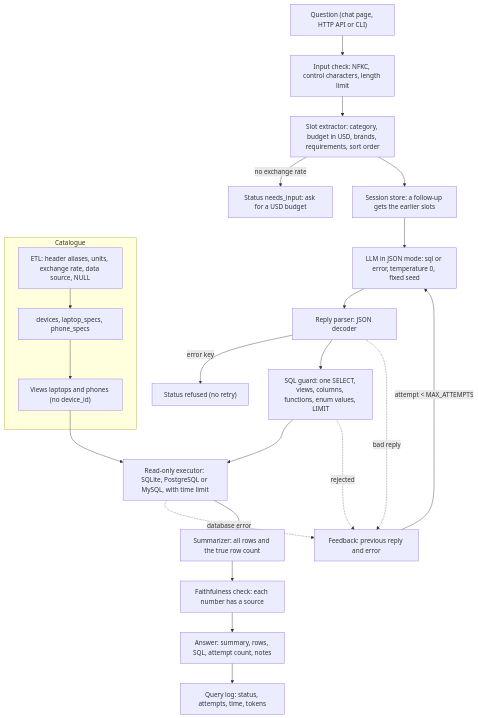
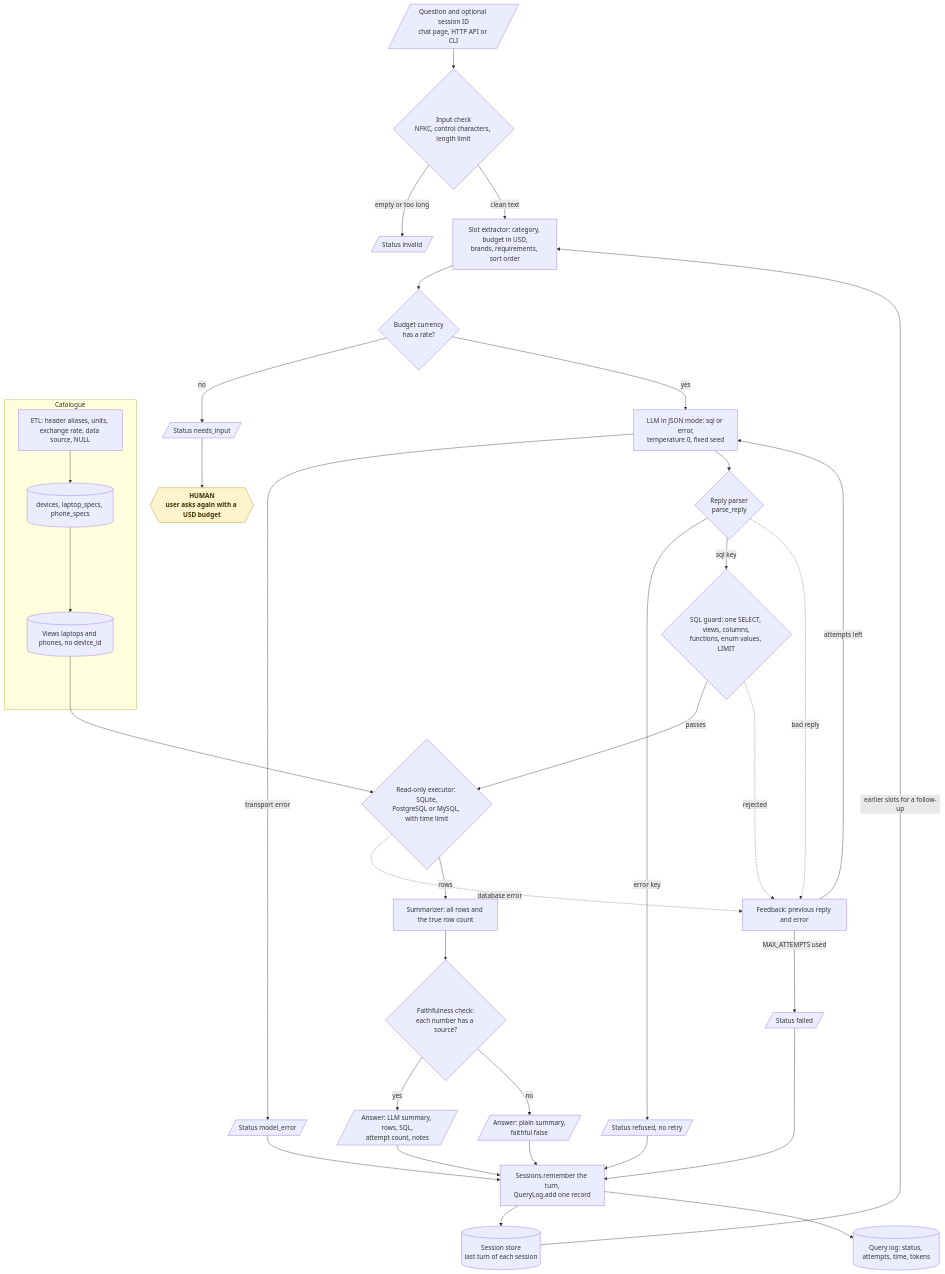
One commit to KrishnaAnnavaram/gadgetgenie changed the fifth of 22 diagrams in README.md. Above: the diagram before and after it, drawn with Mermaid. The commit also changed other lines of this file, not shown here.

Commit message:
Add the workflow diagrams to the README

````diff
--- a/README.md
+++ b/README.md
@@ -213,25 +280,40 @@
 ```mermaid
-flowchart TB
-    Q["Question (chat page, HTTP API or CLI)"] --> CL["Input check: NFKC, control characters, length limit"]
-    CL --> SL["Slot extractor: category, budget in USD, brands, requirements, sort order"]
-    SL -->|"no exchange rate"| NI["Status needs_input: ask for a USD budget"]
-    SL --> MEM["Session store: a follow-up gets the earlier slots"]
-    MEM --> GEN["LLM in JSON mode: sql or error, temperature 0, fixed seed"]
-    GEN --> PR["Reply parser: JSON decoder"]
-    PR -->|"error key"| REF["Status refused (no retry)"]
-    PR --> G["SQL guard: one SELECT, views, columns, functions, enum values, LIMIT"]
-    G --> X["Read-only executor: SQLite, PostgreSQL or MySQL, with time limit"]
-    PR -.->|"bad reply"| FB["Feedback: previous reply and error"]
-    G -.->|"rejected"| FB
-    X -.->|"database error"| FB
-    FB -->|"attempt < MAX_ATTEMPTS"| GEN
-    X --> SUM["Summarizer: all rows and the true row count"]
-    SUM --> FA["Faithfulness check: each number has a source"]
-    FA --> A["Answer: summary, rows, SQL, attempt count, notes"]
-    A --> LOG["Query log: status, attempts, time, tokens"]
+flowchart TD
+    Q[/"Question and optional session ID<br/>chat page, HTTP API or CLI"/] --> CL{"Input check<br/>NFKC, control characters, length limit"}
+    CL -- "empty or too long" --> INV[/"Status invalid"/]
+    CL -- "clean text" --> SL["Slot extractor: category, budget in USD,<br/>brands, requirements, sort order"]
+    MEM[("Session store<br/>last turn of each session")] -- "earlier slots for a follow-up" --> SL
+    SL --> RATE{"Budget currency<br/>has a rate?"}
+    RATE -- "no" --> NI[/"Status needs_input"/]
+    NI --> HUMAN{{"HUMAN<br/>user asks again with a USD budget"}}
+    RATE -- "yes" --> GEN["LLM in JSON mode: sql or error,<br/>temperature 0, fixed seed"]
+    GEN -- "transport error" --> ME[/"Status model_error"/]
+    GEN --> PR{"Reply parser<br/>parse_reply"}
+    PR -- "error key" --> REF[/"Status refused, no retry"/]
+    PR -- "sql key" --> G{"SQL guard: one SELECT, views, columns,<br/>functions, enum values, LIMIT"}
+    G -- "passes" --> X{"Read-only executor: SQLite,<br/>PostgreSQL or MySQL, with time limit"}
+    PR -. "bad reply" .-> FB["Feedback: previous reply and error"]
+    G -. "rejected" .-> FB
+    X -. "database error" .-> FB
+    FB -- "attempts left" --> GEN
+    FB -- "MAX_ATTEMPTS used" --> FAIL[/"Status failed"/]
+    X -- "rows" --> SUM["Summarizer: all rows and the true row count"]
+    SUM --> FA{"Faithfulness check:<br/>each number has a source?"}
+    FA -- "yes" --> A[/"Answer: LLM summary, rows, SQL,<br/>attempt count, notes"/]
+    FA -- "no" --> PLAIN[/"Answer: plain summary,<br/>faithful false"/]
+    A --> KEEP["Sessions.remember the turn,<br/>QueryLog.add one record"]
+    PLAIN --> KEEP
+    REF --> KEEP
+    FAIL --> KEEP
+    ME --> KEEP
+    KEEP --> MEM
+    KEEP --> LOG[("Query log: status, attempts, time, tokens")]
     subgraph data["Catalogue"]
-        ETL["ETL: header aliases, units, exchange rate, data source, NULL"] --> T["devices, laptop_specs, phone_specs"]
-        T --> V["Views laptops and phones (no device_id)"]
+        ETL["ETL: header aliases, units, exchange rate, data source, NULL"] --> T[("devices, laptop_specs, phone_specs")]
+        T --> V[("Views laptops and phones, no device_id")]
     end
     V --> X
+
+    classDef human fill:#fff3cd,stroke:#b8901f,color:#3d2f00,font-weight:bold
+    class HUMAN human
 ```
````
